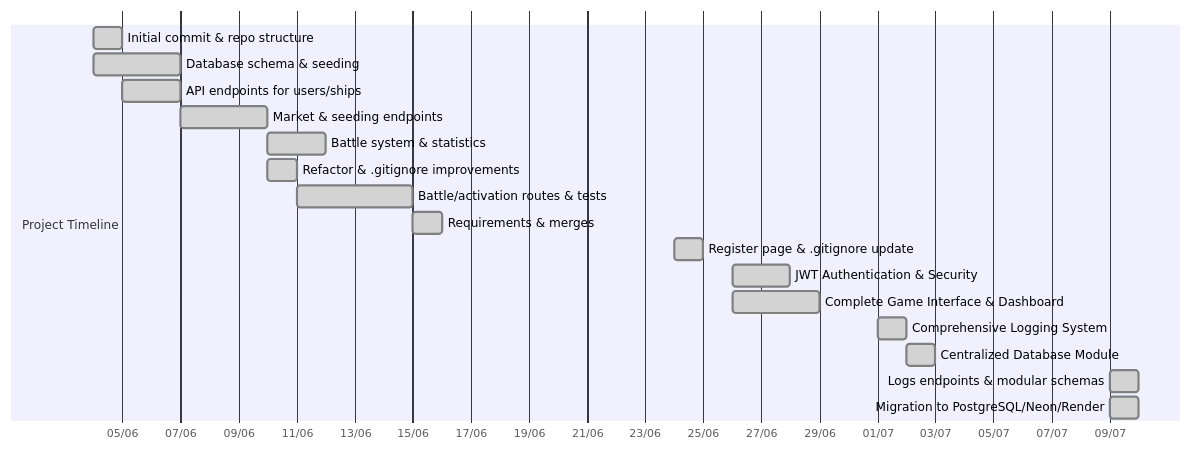
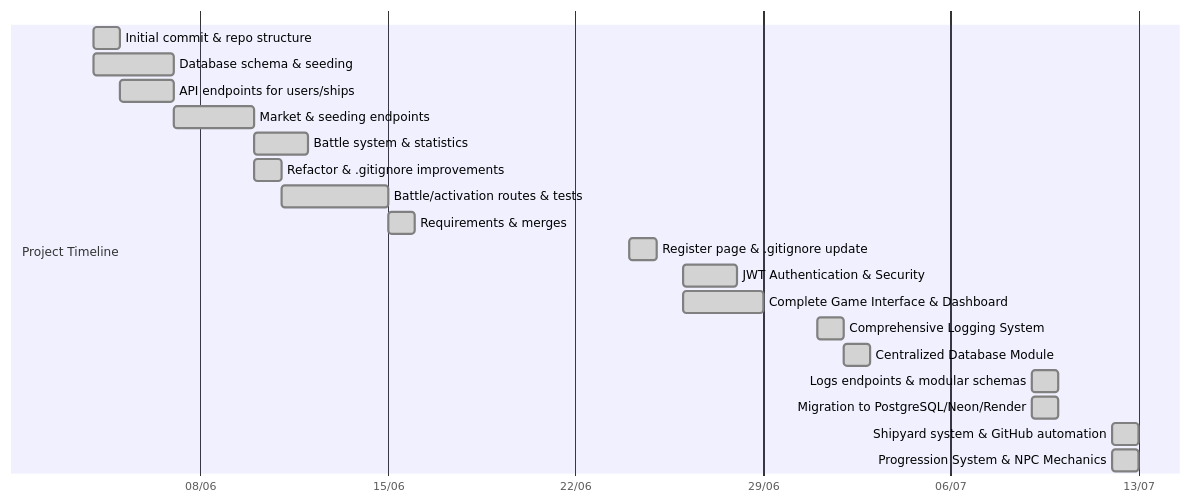
The second of 2 diagrams in README.md (FilipePacheco73/Bellum-Astrum), drawn with Mermaid before and after one commit. The commit also changed other lines of this file and 11 other files, not shown here.

First line of the commit message:
Add NPC battle testing, user progression, and rank bonuses

````diff
--- a/README.md
+++ b/README.md
@@ -315,21 +369,23 @@
 ```mermaid
 gantt
 dateFormat  YYYY-MM-DD
 axisFormat  %d/%m
 section Project Timeline
 Initial commit & repo structure        :done,    des1, 2025-06-04, 1d
 Database schema & seeding             :done,    des2, 2025-06-04, 3d
 API endpoints for users/ships         :done,    des3, 2025-06-05, 2d
 Market & seeding endpoints            :done,    des4, 2025-06-07, 3d
 Battle system & statistics            :done,    des5, 2025-06-10, 2d
 Refactor & .gitignore improvements    :done,    des6, 2025-06-10, 1d
 Battle/activation routes & tests      :done,    des7, 2025-06-11, 4d
 Requirements & merges                 :done,    des8, 2025-06-15, 1d
 Register page & .gitignore update     :done,    des9, 2025-06-24, 1d
 JWT Authentication & Security         :done,    des10, 2025-06-26, 2d
 Complete Game Interface & Dashboard   :done,    des11, 2025-06-26, 3d
 Comprehensive Logging System          :done,    des12, 2025-07-01, 1d
 Centralized Database Module           :done,    des13, 2025-07-02, 1d
 Logs endpoints & modular schemas      :done,    des14, 2025-07-09, 1d
 Migration to PostgreSQL/Neon/Render   :done,    des15, 2025-07-09, 1d
+Shipyard system & GitHub automation   :done,    des16, 2025-07-12, 1d
+Progression System & NPC Mechanics    :done,    des17, 2025-07-12, 1d
 ```
````
